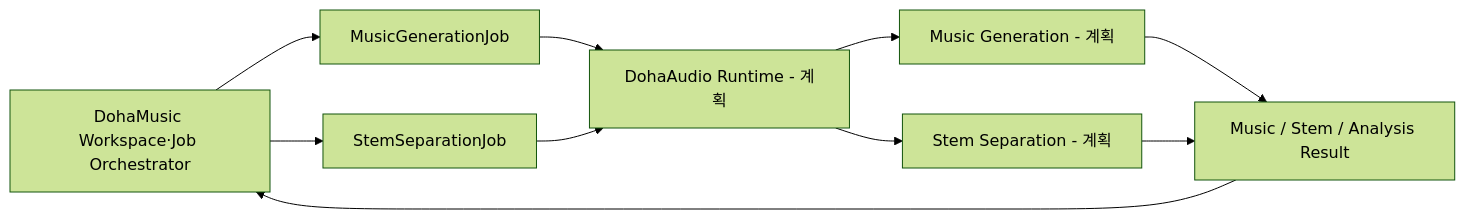
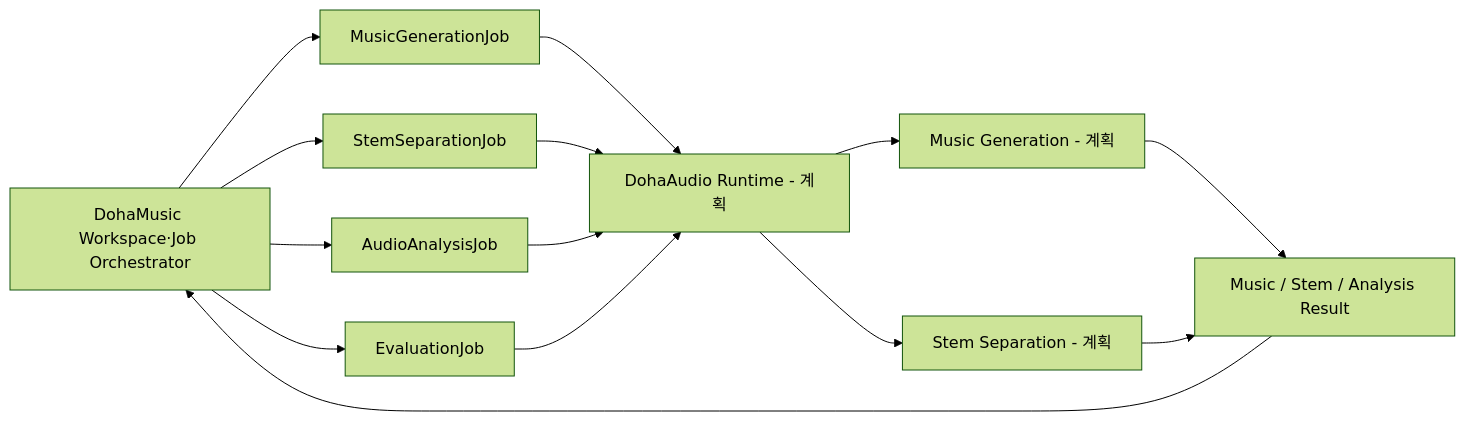
The diagram in README.md (DohaStudio/DohaAudio), drawn with Mermaid (forest theme) before and after one commit. The commit also changed other lines of this file and 4 other files, not shown here.

````diff
--- a/README.md
+++ b/README.md
@@ -39,15 +41,19 @@
 ```mermaid
 flowchart LR
     DM[DohaMusic Workspace·Job Orchestrator]
     MGJ[MusicGenerationJob]
     SSJ[StemSeparationJob]
+    AAJ[AudioAnalysisJob]
+    EVJ[EvaluationJob]
     RT[DohaAudio Runtime - 계획]
     MG[Music Generation - 계획]
     SS[Stem Separation - 계획]
     ASSET[Music / Stem / Analysis Result]
 
     DM --> MGJ --> RT
     DM --> SSJ --> RT
+    DM --> AAJ --> RT
+    DM --> EVJ --> RT
     RT --> MG --> ASSET --> DM
     RT --> SS --> ASSET
 ```
````
